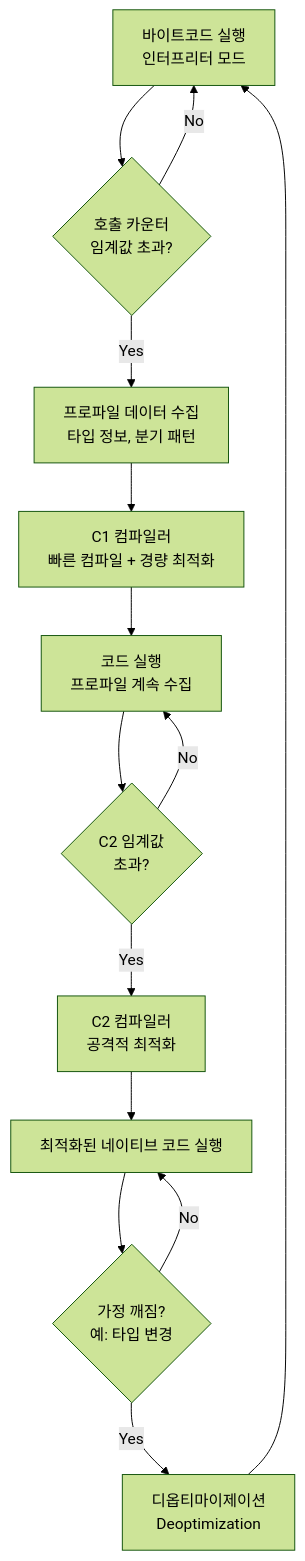
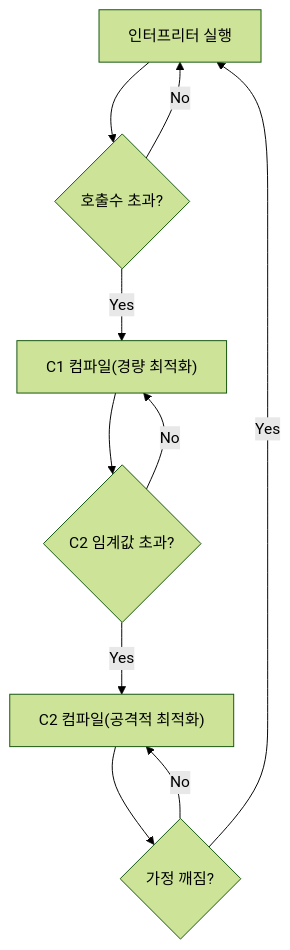
The first of 2 diagrams in _posts/java/2026-05-02-java-jit-compiler.md (yjkim2015/yjkim2015.github.io), drawn with Mermaid (forest theme) before and after one commit. The commit also changed other lines of this file and 215 other files, not shown here.

First line of the commit message:
신규 포스트 10개 추가 + Mermaid 전면 축소 + SystemDesign 시리즈 보강

````diff
--- a/_posts/java/2026-05-02-java-jit-compiler.md
+++ b/_posts/java/2026-05-02-java-jit-compiler.md
@@ -143,16 +143,12 @@
 ```mermaid
 flowchart TD
-    A["바이트코드 실행\n인터프리터 모드"] --> B{"호출 카운터\n임계값 초과?"}
+    A["인터프리터 실행"] --> B{"호출수 초과?"}
     B -- No --> A
-    B -- Yes --> C["프로파일 데이터 수집\n타입 정보, 분기 패턴"]
-    C --> D["C1 컴파일러\n빠른 컴파일 + 경량 최적화"]
-    D --> E["코드 실행\n프로파일 계속 수집"]
-    E --> F{"C2 임계값\n초과?"}
+    B -- Yes --> C["C1 컴파일(경량 최적화)"]
+    C --> D{"C2 임계값 초과?"}
+    D -- No --> C
+    D -- Yes --> E["C2 컴파일(공격적 최적화)"]
+    E --> F{"가정 깨짐?"}
     F -- No --> E
-    F -- Yes --> G["C2 컴파일러\n공격적 최적화"]
-    G --> H["최적화된 네이티브 코드 실행"]
-    H --> I{"가정 깨짐?\n예: 타입 변경"}
-    I -- No --> H
-    I -- Yes --> J["디옵티마이제이션\nDeoptimization"]
-    J --> A
+    F -- Yes --> A
 ```
````
